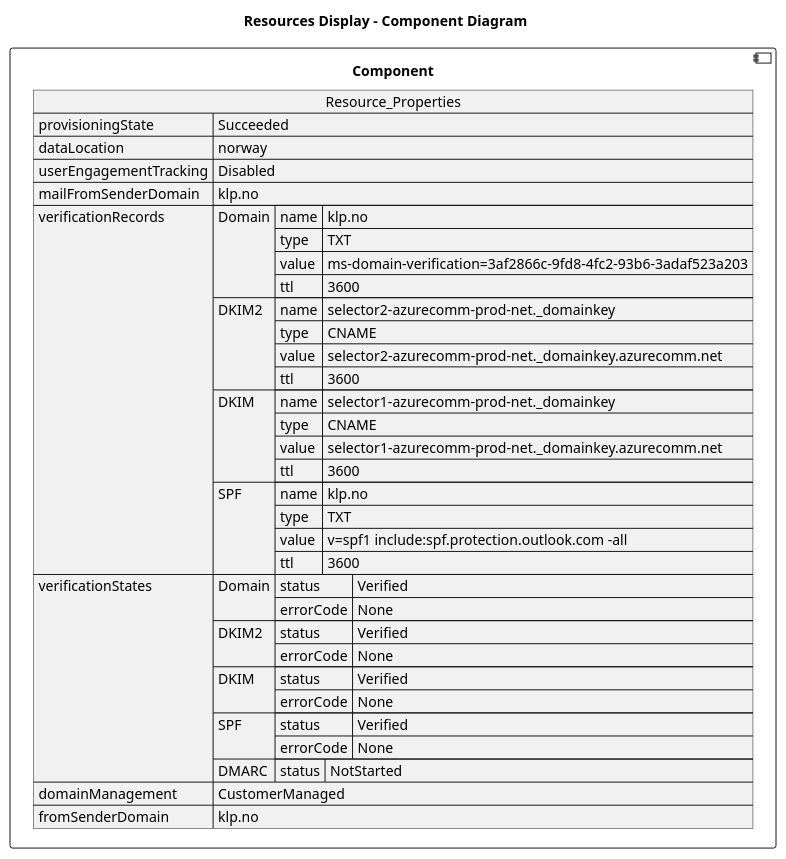
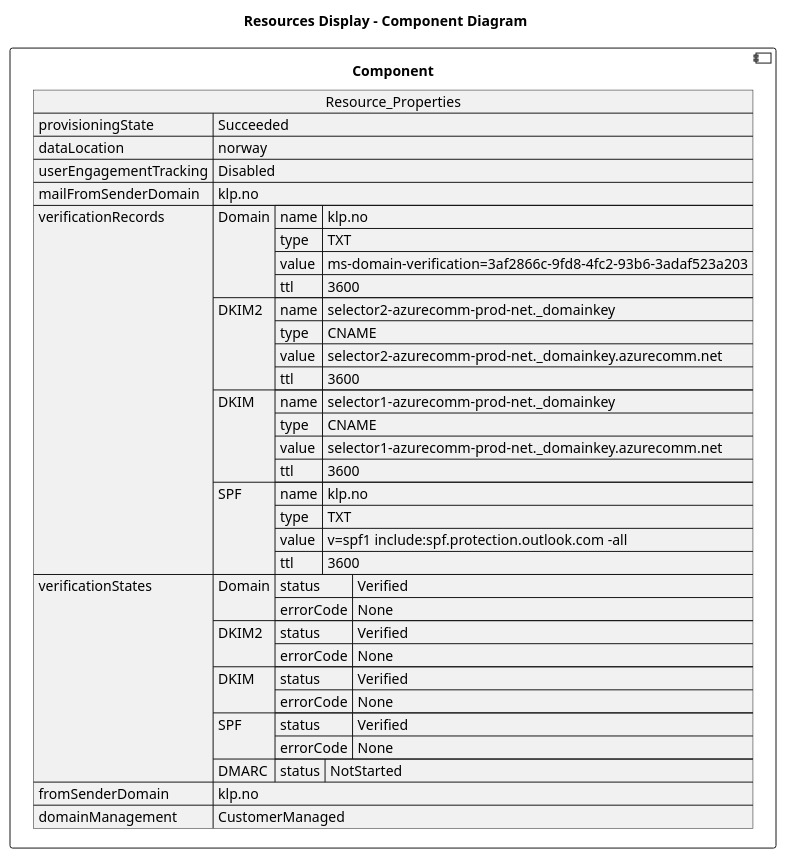
Before and after one commit to DanielAmpong/Test-Azure-architecture-diagram: the diagram in architectureDesign/PUML/rg-email_Resources/klp.no.puml, drawn with PlantUML. The commit also changed 762 other files, not shown here.

```diff
--- a/architectureDesign/PUML/rg-email_Resources/klp.no.puml
+++ b/architectureDesign/PUML/rg-email_Resources/klp.no.puml
@@ -1,63 +1,63 @@
 @startuml
 
 title Resources Display - Component Diagram
 
 component Component {
 
 json  Resource_Properties {
   "provisioningState": "Succeeded",
   "dataLocation": "norway",
   "userEngagementTracking": "Disabled",
   "mailFromSenderDomain": "klp.no",
   "verificationRecords": {
     "Domain": {
       "name": "klp.no",
       "type": "TXT",
       "value": "ms-domain-verification=3af2866c-9fd8-4fc2-93b6-3adaf523a203",
       "ttl": 3600
     },
     "DKIM2": {
       "name": "selector2-azurecomm-prod-net._domainkey",
       "type": "CNAME",
       "value": "selector2-azurecomm-prod-net._domainkey.azurecomm.net",
       "ttl": 3600
     },
     "DKIM": {
       "name": "selector1-azurecomm-prod-net._domainkey",
       "type": "CNAME",
       "value": "selector1-azurecomm-prod-net._domainkey.azurecomm.net",
       "ttl": 3600
     },
     "SPF": {
       "name": "klp.no",
       "type": "TXT",
       "value": "v=spf1 include:spf.protection.outlook.com -all",
       "ttl": 3600
     }
   },
   "verificationStates": {
     "Domain": {
       "status": "Verified",
       "errorCode": "None"
     },
     "DKIM2": {
       "status": "Verified",
       "errorCode": "None"
     },
     "DKIM": {
       "status": "Verified",
       "errorCode": "None"
     },
     "SPF": {
       "status": "Verified",
       "errorCode": "None"
     },
     "DMARC": {
       "status": "NotStarted"
     }
   },
-  "domainManagement": "CustomerManaged",
-  "fromSenderDomain": "klp.no"
+  "fromSenderDomain": "klp.no",
+  "domainManagement": "CustomerManaged"
 }
 }
 @enduml
```
